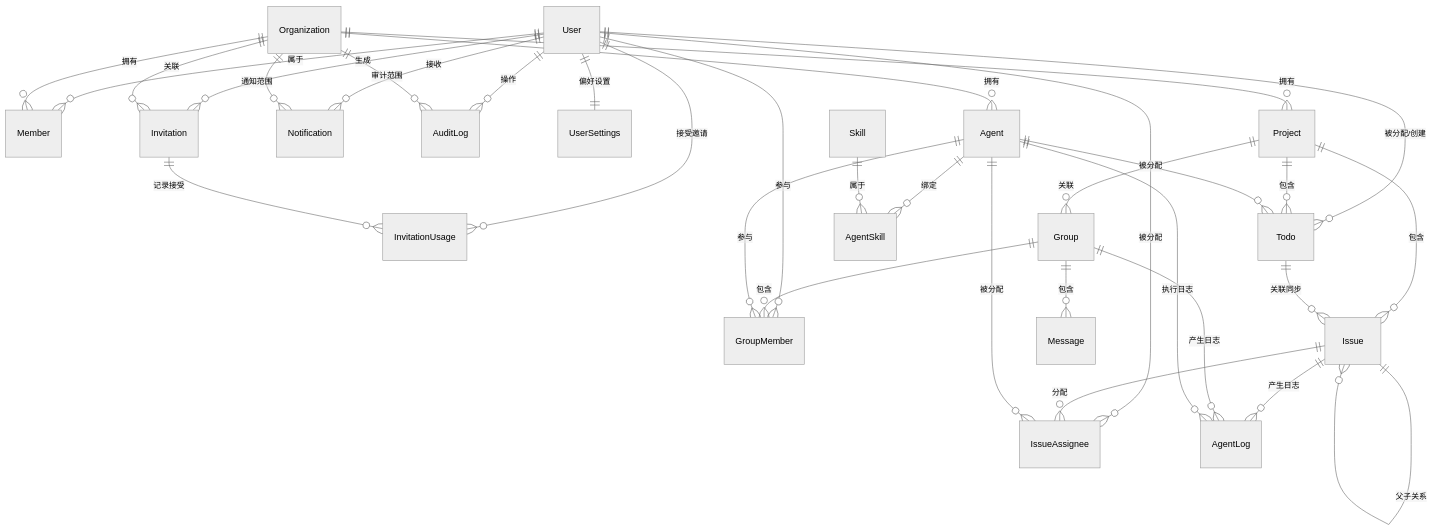
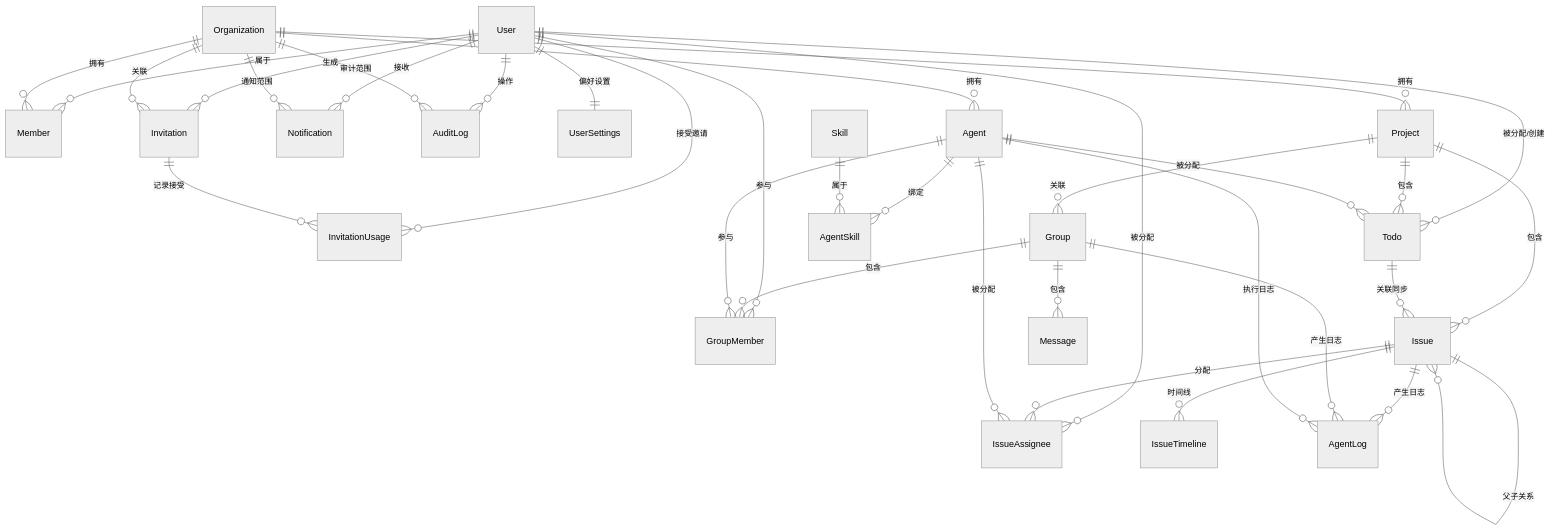
Before and after one commit to huagelong/anserFlow: the third of 8 diagrams in docs/plan/architecture-analysis.md, drawn with Mermaid (neutral theme). The commit also changed other lines of this file, not shown here.

First line of the commit message:
docs(architecture): 重构群聊→任务交付全链路闭环逻辑

````diff
--- a/docs/plan/architecture-analysis.md
+++ b/docs/plan/architecture-analysis.md
@@ -3652,35 +3689,36 @@
 ```mermaid
 erDiagram
     User ||--o{ Member : "属于"
     User ||--o{ IssueAssignee : "被分配"
     User ||--o{ Invitation : "生成"
     User ||--o{ InvitationUsage : "接受邀请"
     User ||--o{ Notification : "接收"
     User ||--o{ AuditLog : "操作"
     User ||--o{ GroupMember : "参与"
     User ||--o{ Todo : "被分配/创建"
     User ||--|| UserSettings : "偏好设置"
     Organization ||--o{ Member : "拥有"
     Organization ||--o{ Project : "拥有"
     Organization ||--o{ Agent : "拥有"
     Organization ||--o{ Invitation : "关联"
     Organization ||--o{ AuditLog : "审计范围"
     Organization ||--o{ Notification : "通知范围"
     Project ||--o{ Issue : "包含"
     Project ||--o{ Group : "关联"
     Project ||--o{ Todo : "包含"
     Issue ||--o{ Issue : "父子关系"
     Issue ||--o{ IssueAssignee : "分配"
+    Issue ||--o{ IssueTimeline : "时间线"
     Issue ||--o{ AgentLog : "产生日志"
     Group ||--o{ GroupMember : "包含"
     Group ||--o{ Message : "包含"
     Group ||--o{ AgentLog : "产生日志"
     Agent ||--o{ GroupMember : "参与"
     Agent ||--o{ AgentSkill : "绑定"
     Agent ||--o{ IssueAssignee : "被分配"
     Agent ||--o{ AgentLog : "执行日志"
     Agent ||--o{ Todo : "被分配"
     Skill ||--o{ AgentSkill : "属于"
     Invitation ||--o{ InvitationUsage : "记录接受"
     Todo ||--o{ Issue : "关联同步"
 ```
````
